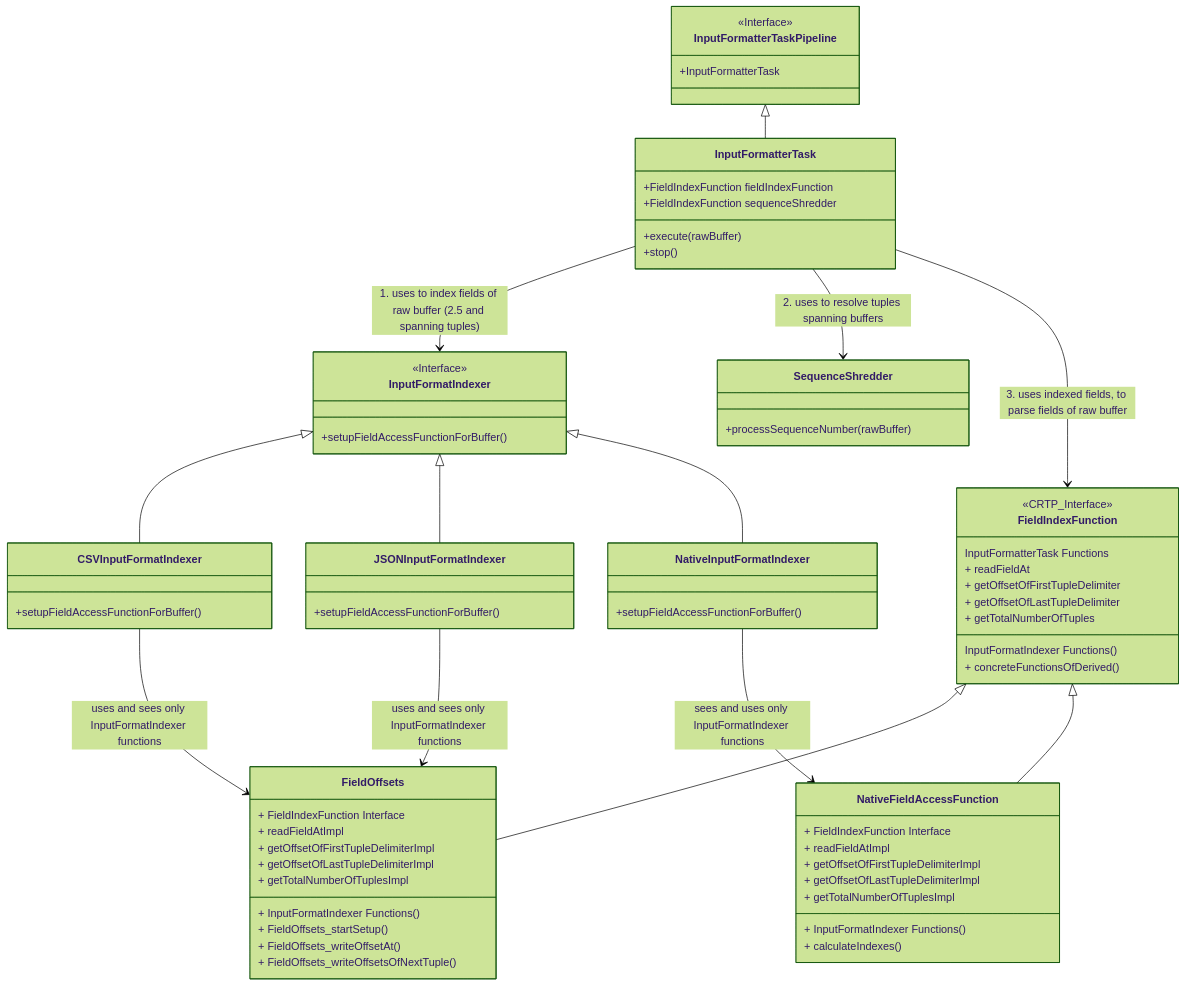
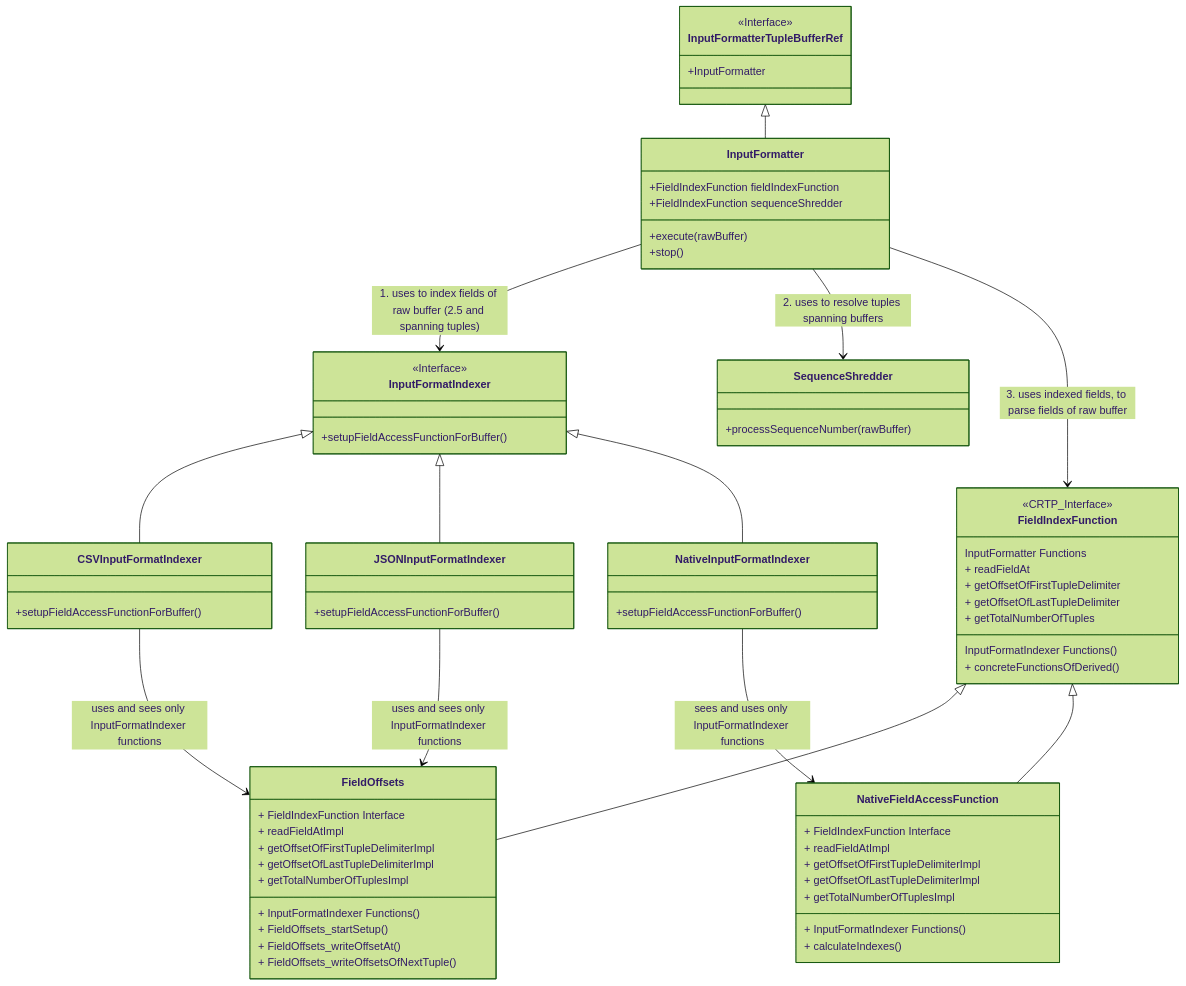
Before and after one commit to nebulastream/nebulastream: the third of 3 diagrams in nes-input-formatters/README.md, drawn with Mermaid (forest theme). The commit also changed other lines of this file and 54 other files, not shown here.

````diff
--- a/nes-input-formatters/README.md
+++ b/nes-input-formatters/README.md
@@ -170,71 +170,71 @@
 ```mermaid
 classDiagram
-    InputFormatterTaskPipeline <|-- InputFormatterTask
-    InputFormatterTask --> InputFormatIndexer: 1. uses to index fields of raw buffer (2.5 and spanning tuples)
-    InputFormatterTask --> SequenceShredder: 2. uses to resolve tuples spanning buffers
-    InputFormatterTask --> FieldIndexFunction: 3. uses indexed fields, to parse fields of raw buffer
+    InputFormatterTupleBufferRef <|-- InputFormatter
+    InputFormatter --> InputFormatIndexer: 1. uses to index fields of raw buffer (2.5 and spanning tuples)
+    InputFormatter --> SequenceShredder: 2. uses to resolve tuples spanning buffers
+    InputFormatter --> FieldIndexFunction: 3. uses indexed fields, to parse fields of raw buffer
     CSVInputFormatIndexer --> FieldOffsets: uses and sees only InputFormatIndexer functions
     JSONInputFormatIndexer --> FieldOffsets: uses and sees only InputFormatIndexer functions
     NativeInputFormatIndexer --> NativeFieldAccessFunction: sees and uses only InputFormatIndexer functions
     FieldIndexFunction <|-- FieldOffsets
     FieldIndexFunction <|-- NativeFieldAccessFunction
     InputFormatIndexer <|-- CSVInputFormatIndexer
     InputFormatIndexer <|-- JSONInputFormatIndexer
     InputFormatIndexer <|-- NativeInputFormatIndexer
-    class InputFormatterTaskPipeline {
+    class InputFormatterTupleBufferRef {
         <<Interface>>
-        +InputFormatterTask
+        +InputFormatter
     }
-    class InputFormatterTask {
+    class InputFormatter {
         +FieldIndexFunction fieldIndexFunction
         +FieldIndexFunction sequenceShredder
         +execute(rawBuffer)
         +stop()
     }
     class SequenceShredder {
         +processSequenceNumber(rawBuffer)
     }
     class FieldIndexFunction {
         <<CRTP_Interface>>
-        InputFormatterTask Functions
+        InputFormatter Functions
         + readFieldAt
         + getOffsetOfFirstTupleDelimiter
         + getOffsetOfLastTupleDelimiter
         + getTotalNumberOfTuples
         InputFormatIndexer Functions()
         + concreteFunctionsOfDerived()
     }
     class InputFormatIndexer {
         <<Interface>>
         +setupFieldAccessFunctionForBuffer()
     }
     class FieldOffsets {
         + FieldIndexFunction Interface
         + readFieldAtImpl
         + getOffsetOfFirstTupleDelimiterImpl
         + getOffsetOfLastTupleDelimiterImpl
         + getTotalNumberOfTuplesImpl
         + InputFormatIndexer Functions()
         + FieldOffsets_startSetup()
         + FieldOffsets_writeOffsetAt()
         + FieldOffsets_writeOffsetsOfNextTuple()
     }
     class NativeFieldAccessFunction {
         + FieldIndexFunction Interface
         + readFieldAtImpl
         + getOffsetOfFirstTupleDelimiterImpl
         + getOffsetOfLastTupleDelimiterImpl
         + getTotalNumberOfTuplesImpl
         + InputFormatIndexer Functions()
         + calculateIndexes()
     }
     class CSVInputFormatIndexer {
         +setupFieldAccessFunctionForBuffer()
     }
     class JSONInputFormatIndexer {
         +setupFieldAccessFunctionForBuffer()
     }
     class NativeInputFormatIndexer {
         +setupFieldAccessFunctionForBuffer()
     }
 ```
````
